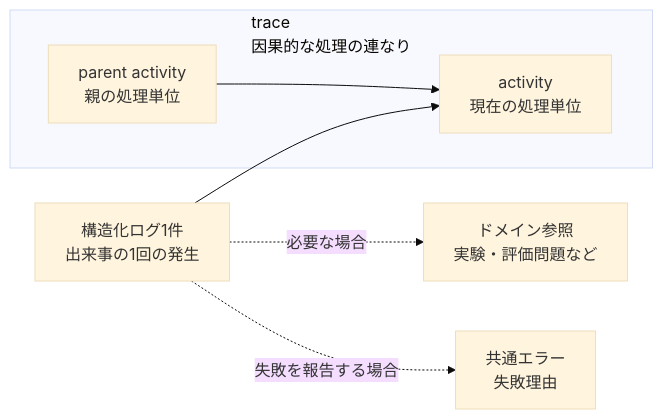
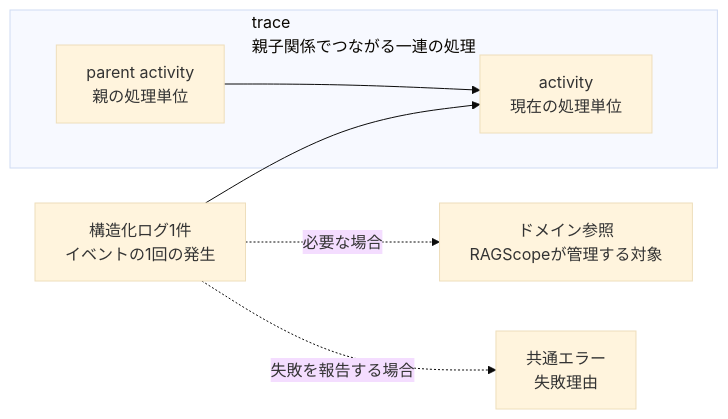
One commit to takashit16833/RAGScope changed the diagram in project-docs/design/実行追跡・構造化ログ契約設計.md. Above: the diagram before and after it, drawn with Mermaid (base theme). The commit also changed other lines of this file, not shown here.

````diff
--- a/project-docs/design/実行追跡・構造化ログ契約設計.md
+++ b/project-docs/design/実行追跡・構造化ログ契約設計.md
@@ -101,10 +105,10 @@
 ```mermaid
 flowchart LR
-    subgraph Trace["trace<br>因果的な処理の連なり"]
+    subgraph Trace["trace<br>親子関係でつながる一連の処理"]
         Parent["parent activity<br>親の処理単位"] --> Activity["activity<br>現在の処理単位"]
     end
 
-    Log["構造化ログ1件<br>出来事の1回の発生"] --> Activity
-    Log -. "必要な場合" .-> Domain["ドメイン参照<br>実験・評価問題など"]
+    Log["構造化ログ1件<br>イベントの1回の発生"] --> Activity
+    Log -. "必要な場合" .-> Domain["ドメイン参照<br>RAGScopeが管理する対象"]
     Log -. "失敗を報告する場合" .-> Error["共通エラー<br>失敗理由"]
 ```
````
